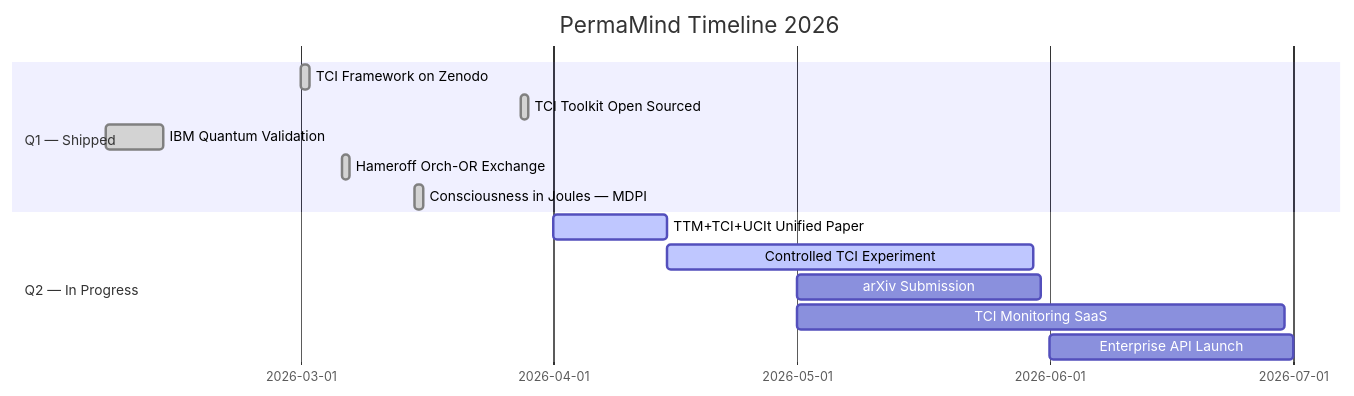
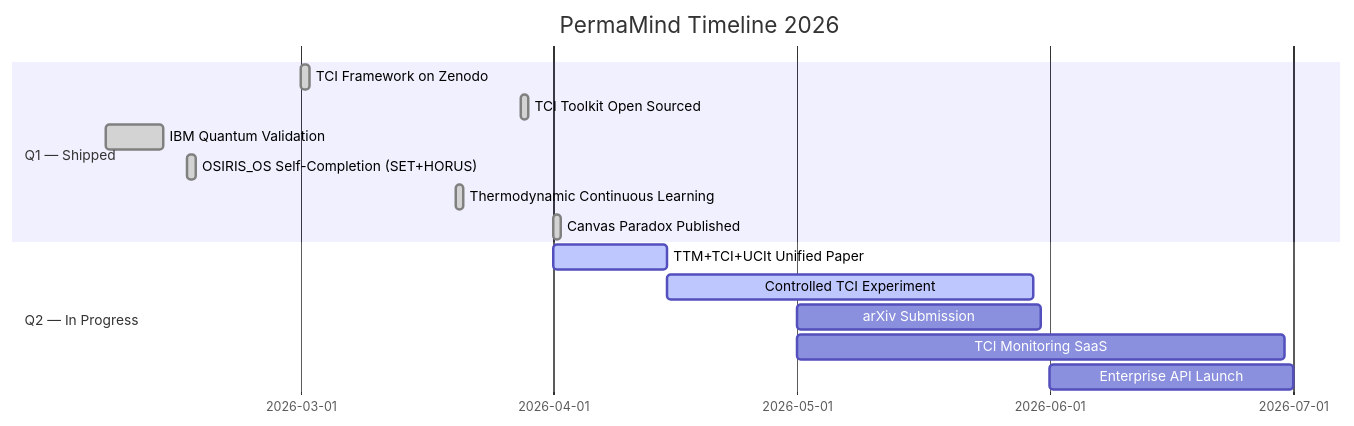
One commit to hustle-rent-due/hustle-rent-due changed the second of 2 diagrams in README.md. Above: the diagram before and after it, drawn with Mermaid. The commit also changed other lines of this file, not shown here.

````diff
--- a/README.md
+++ b/README.md
@@ -357,17 +385,18 @@
 ```mermaid
 gantt
     title PermaMind Timeline 2026
     dateFormat YYYY-MM-DD
     section Q1 — Shipped
-    TCI Framework on Zenodo        :done, 2026-03-01, 1d
-    TCI Toolkit Open Sourced       :done, 2026-03-28, 1d
-    IBM Quantum Validation         :done, 2026-02-05, 7d
-    Hameroff Orch-OR Exchange      :done, 2026-03-06, 1d
-    Consciousness in Joules — MDPI :done, 2026-03-15, 1d
+    TCI Framework on Zenodo           :done, 2026-03-01, 1d
+    TCI Toolkit Open Sourced          :done, 2026-03-28, 1d
+    IBM Quantum Validation            :done, 2026-02-05, 7d
+    OSIRIS_OS Self-Completion (SET+HORUS) :done, 2026-02-15, 1d
+    Thermodynamic Continuous Learning :done, 2026-03-20, 1d
+    Canvas Paradox Published          :done, 2026-04-01, 1d
     section Q2 — In Progress
-    TTM+TCI+UCIt Unified Paper     :active, 2026-04-01, 14d
-    Controlled TCI Experiment      :active, 2026-04-15, 45d
-    arXiv Submission               :2026-05-01, 30d
-    TCI Monitoring SaaS            :2026-05-01, 60d
-    Enterprise API Launch          :2026-06-01, 30d
+    TTM+TCI+UCIt Unified Paper        :active, 2026-04-01, 14d
+    Controlled TCI Experiment         :active, 2026-04-15, 45d
+    arXiv Submission                  :2026-05-01, 30d
+    TCI Monitoring SaaS               :2026-05-01, 60d
+    Enterprise API Launch             :2026-06-01, 30d
 ```
````
